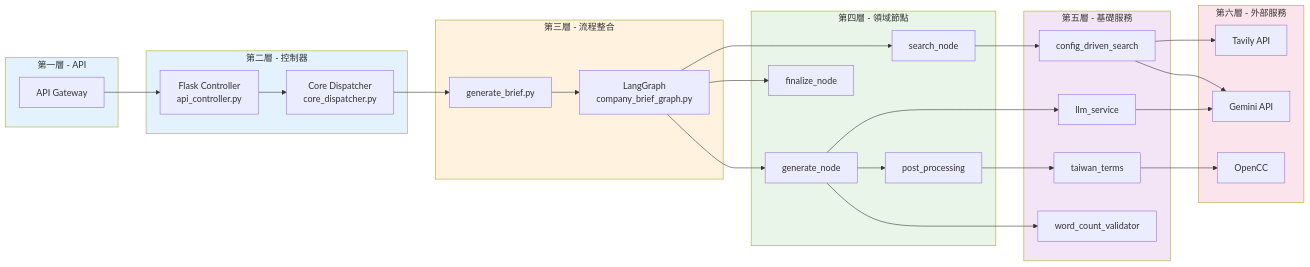
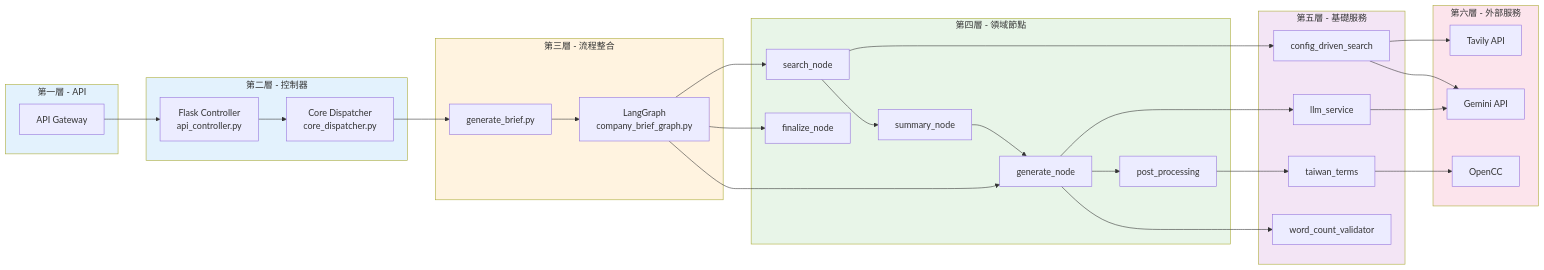
One commit to DS-Jerry-in-Taiwan/companyprofile changed the second of 2 diagrams in README.md. Above: the diagram before and after it, drawn with Mermaid. The commit also changed other lines of this file and 5 other files, not shown here.

````diff
--- a/README.md
+++ b/README.md
@@ -111,60 +145,63 @@
 ```mermaid
 graph LR
     subgraph Layer1["第一層 - API"]
         API[API Gateway]
     end
 
     subgraph Layer2["第二層 - 控制器"]
         CTRL[Flask Controller<br/>api_controller.py]
         CD[Core Dispatcher<br/>core_dispatcher.py]
     end
 
     subgraph Layer3["第三層 - 流程整合"]
         GB[generate_brief.py]
         LG[LangGraph<br/>company_brief_graph.py]
     end
 
     subgraph Layer4["第四層 - 領域節點"]
         SN[search_node]
+        SUM[summary_node]
         GN[generate_node]
         FN[finalize_node]
         PP[post_processing]
     end
 
     subgraph Layer5["第五層 - 基礎服務"]
         CDS[config_driven_search]
         LLM[llm_service]
         TAIWAN[taiwan_terms]
         WC[word_count_validator]
     end
 
     subgraph Layer6["第六層 - 外部服務"]
         TAVILY[Tavily API]
         GEMINI[Gemini API]
         OPENCC[OpenCC]
     end
 
     API --> CTRL
     CTRL --> CD
     CD --> GB
     GB --> LG
     LG --> SN
+    SN --> SUM
+    SUM --> GN
     LG --> GN
     LG --> FN
     GN --> PP
     SN --> CDS
     GN --> LLM
     GN --> WC
     PP --> TAIWAN
     CDS --> TAVILY
     CDS --> GEMINI
     LLM --> GEMINI
     TAIWAN --> OPENCC
 
     style Layer1 fill:#e3f2fd
     style Layer2 fill:#e3f2fd
     style Layer3 fill:#fff3e0
     style Layer4 fill:#e8f5e8
     style Layer5 fill:#f3e5f5
     style Layer6 fill:#fce4ec
 ```
````
